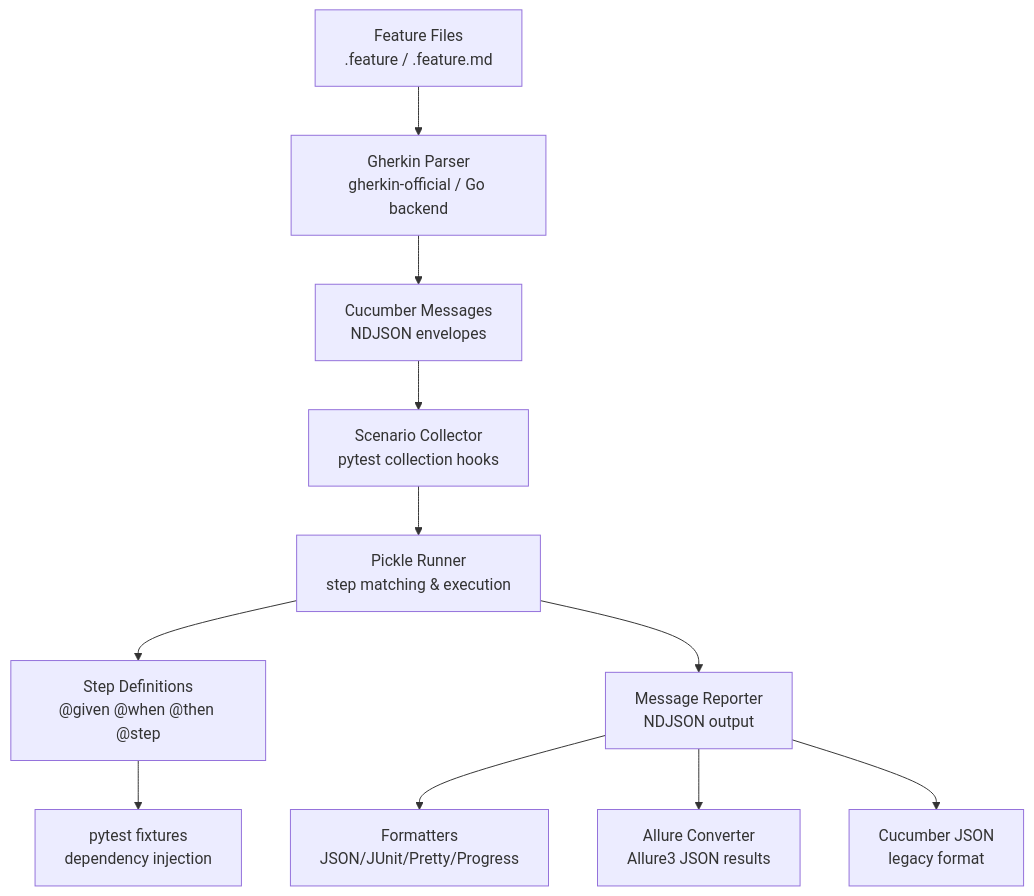
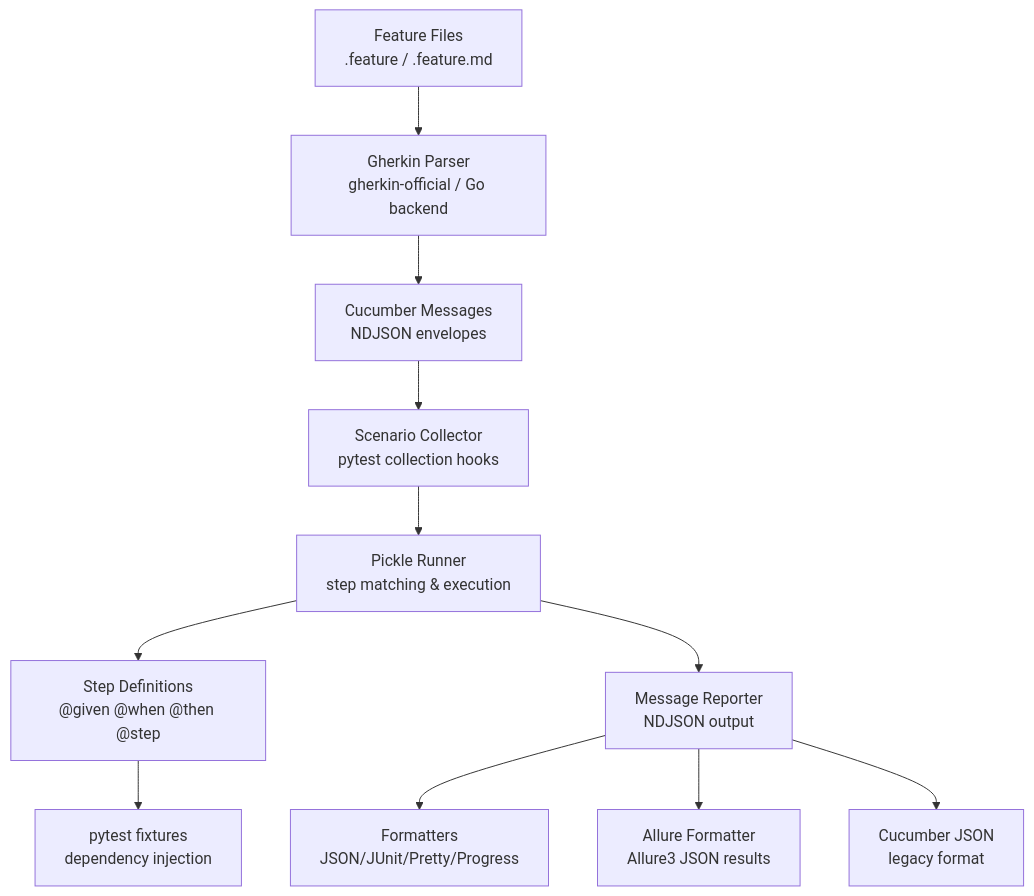
The diagram in docs/ARCHITECTURE.md (elchupanebrej/pytest-bdd-ng), drawn with Mermaid before and after one commit. The commit also changed other lines of this file and 133 other files, not shown here.

````diff
--- a/docs/ARCHITECTURE.md
+++ b/docs/ARCHITECTURE.md
@@ -12,13 +12,13 @@
 ```mermaid
 graph TD
     A[Feature Files<br/>.feature / .feature.md] --> B[Gherkin Parser<br/>gherkin-official / Go backend]
     B --> C[Cucumber Messages<br/>NDJSON envelopes]
     C --> D[Scenario Collector<br/>pytest collection hooks]
     D --> E[Pickle Runner<br/>step matching & execution]
     E --> F[Step Definitions<br/>@given @when @then @step]
     F --> G[pytest fixtures<br/>dependency injection]
     E --> H[Message Reporter<br/>NDJSON output]
     H --> I[Formatters<br/>JSON/JUnit/Pretty/Progress]
-    H --> J[Allure Converter<br/>Allure3 JSON results]
+    H --> J[Allure Formatter<br/>Allure3 JSON results]
     H --> K[Cucumber JSON<br/>legacy format]
 ```
````
